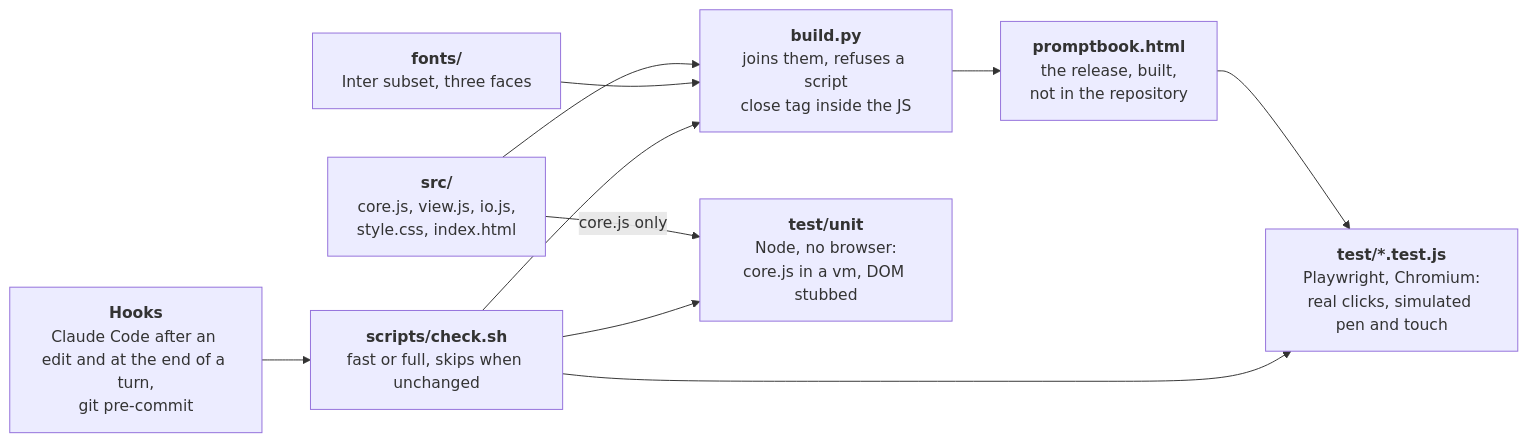
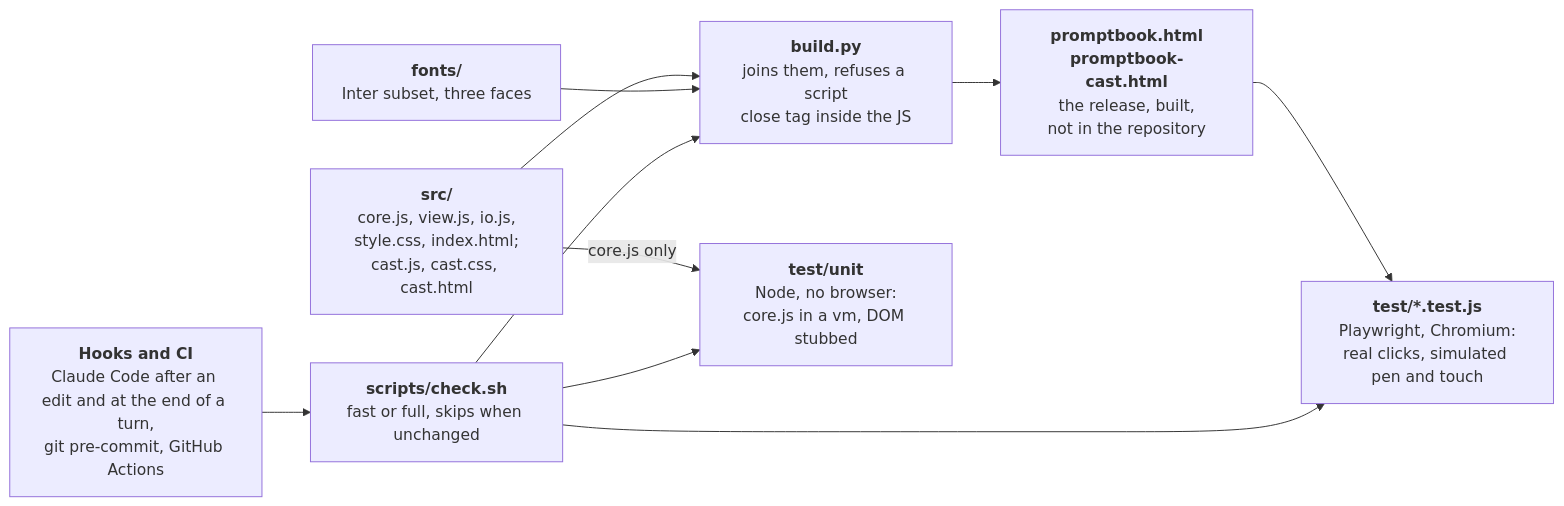
The fifth of 5 diagrams in docs/architecture.md (MarcoVitalii/promptbook), drawn with Mermaid before and after one commit. The commit also changed other lines of this file and 24 other files, not shown here.

````diff
--- a/docs/architecture.md
+++ b/docs/architecture.md
@@ -273,21 +295,21 @@
 ```mermaid
 flowchart LR
-  src["<b>src/</b><br/>core.js, view.js, io.js,<br/>style.css, index.html"]
+  src["<b>src/</b><br/>core.js, view.js, io.js,<br/>style.css, index.html;<br/>cast.js, cast.css, cast.html"]
   fonts["<b>fonts/</b><br/>Inter subset, three faces"]
   build["<b>build.py</b><br/>joins them, refuses a script<br/>close tag inside the JS"]
-  html["<b>promptbook.html</b><br/>the release, built,<br/>not in the repository"]
+  html["<b>promptbook.html</b><br/><b>promptbook-cast.html</b><br/>the release, built,<br/>not in the repository"]
   unit["<b>test/unit</b><br/>Node, no browser:<br/>core.js in a vm, DOM stubbed"]
   e2e["<b>test/*.test.js</b><br/>Playwright, Chromium:<br/>real clicks, simulated pen and touch"]
   check["<b>scripts/check.sh</b><br/>fast or full, skips when unchanged"]
-  hooks["<b>Hooks</b><br/>Claude Code after an edit and at the end of a turn,<br/>git pre-commit"]
+  hooks["<b>Hooks and CI</b><br/>Claude Code after an edit and at the end of a turn,<br/>git pre-commit, GitHub Actions"]
 
   src --> build
   fonts --> build
   build --> html
   src -->|"core.js only"| unit
   html --> e2e
   hooks --> check
   check --> build
   check --> unit
   check --> e2e
 ```
````
